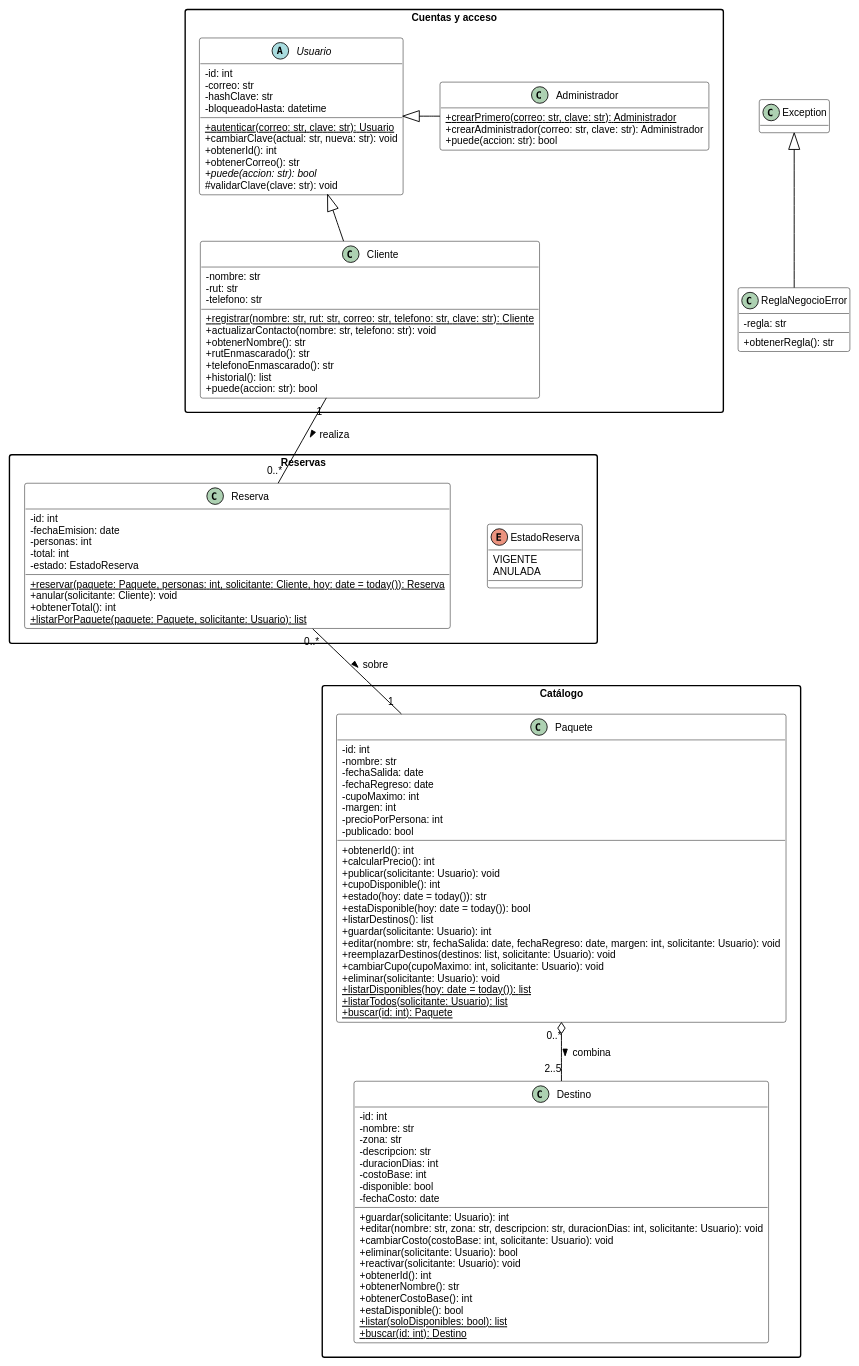
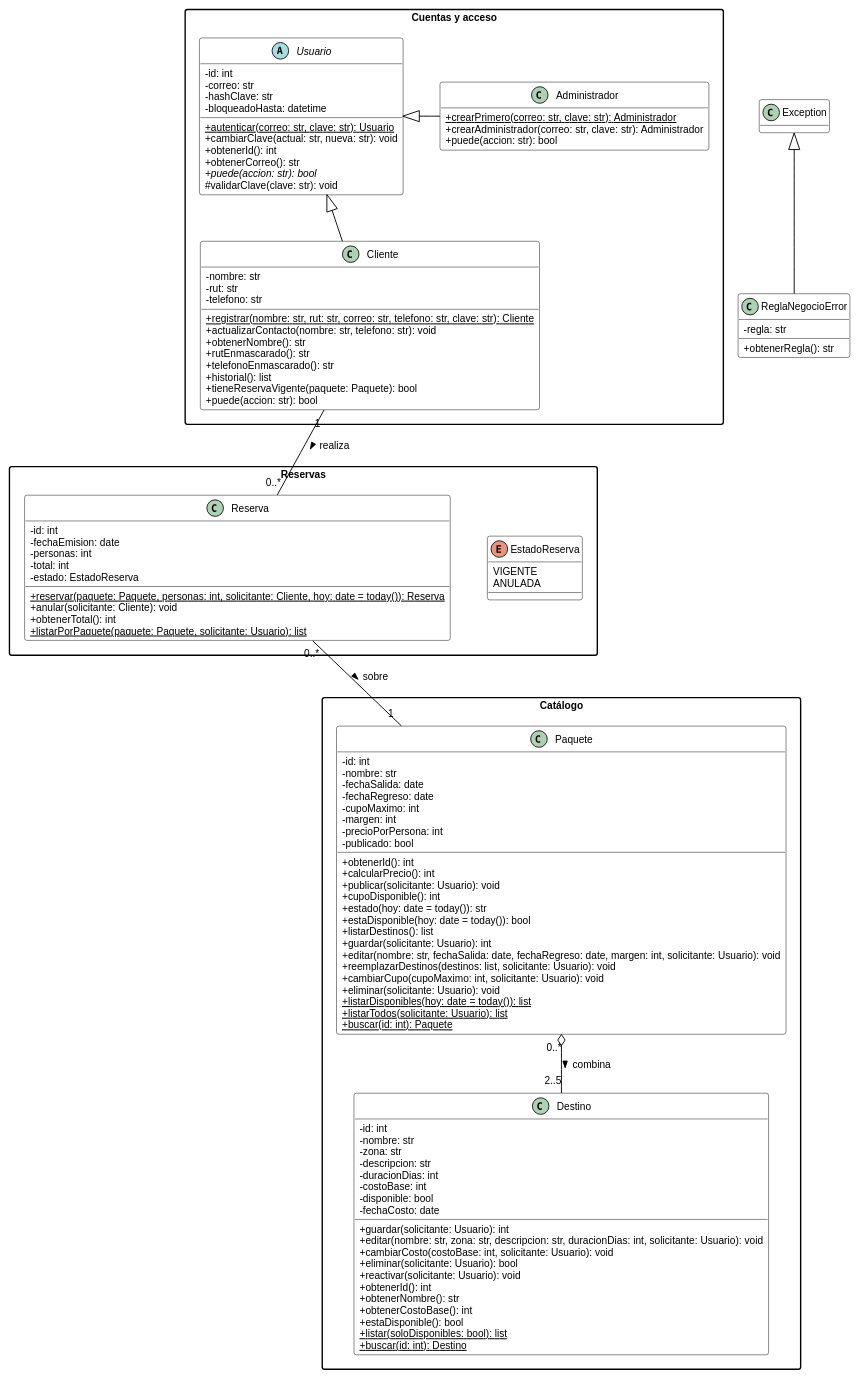
Before and after one commit to leonardoguerrerodev/POO-Viajes-Aventura: the diagram in diagramas/clases.puml, drawn with PlantUML. The commit also changed 2 other files, not shown here.

Commit message:
fix(reservas): HU-20 el historial arma la reserva con el id de su titular, no el de la reserva

```diff
--- a/diagramas/clases.puml
+++ b/diagramas/clases.puml
@@ -1,140 +1,141 @@
 @startuml clases
 ' Diagrama de clases de Viajes Aventura (paso 5 del plan). Convención de la ES1: nombres en camelCase,
 ' privado con «-», protegido con «#», sin constructor, «void» cuando no devuelve nada. El código usa
 ' snake_case y herramientas/uml_vs_codigo.py convierte uno en otro para compararlos.
 skinparam classAttributeIconSize 0
 skinparam defaultFontName "Liberation Sans"
 skinparam defaultFontSize 11
 skinparam shadowing false
 skinparam packageStyle rectangle
 skinparam class {
   BackgroundColor white
   BorderColor black
   ArrowColor black
 }
 skinparam note {
   BackgroundColor #f6f6f6
   BorderColor #666666
 }
 hide empty fields
 skinparam nodesep 40
 skinparam ranksep 50
 
 package "Cuentas y acceso" {
   abstract class Usuario {
     - id: int
     - correo: str
     - hashClave: str
     - bloqueadoHasta: datetime
     + {static} autenticar(correo: str, clave: str): Usuario
     + cambiarClave(actual: str, nueva: str): void
     + obtenerId(): int
     + obtenerCorreo(): str
     + {abstract} puede(accion: str): bool
     # validarClave(clave: str): void
   }
 
   class Cliente {
     - nombre: str
     - rut: str
     - telefono: str
     + {static} registrar(nombre: str, rut: str, correo: str, telefono: str, clave: str): Cliente
     + actualizarContacto(nombre: str, telefono: str): void
     + obtenerNombre(): str
     + rutEnmascarado(): str
     + telefonoEnmascarado(): str
     + historial(): list
+    + tieneReservaVigente(paquete: Paquete): bool
     + puede(accion: str): bool
   }
 
   class Administrador {
     + {static} crearPrimero(correo: str, clave: str): Administrador
     + crearAdministrador(correo: str, clave: str): Administrador
     + puede(accion: str): bool
   }
 }
 
 package "Catálogo" {
   class Destino {
     - id: int
     - nombre: str
     - zona: str
     - descripcion: str
     - duracionDias: int
     - costoBase: int
     - disponible: bool
     - fechaCosto: date
     + guardar(solicitante: Usuario): int
     + editar(nombre: str, zona: str, descripcion: str, duracionDias: int, solicitante: Usuario): void
     + cambiarCosto(costoBase: int, solicitante: Usuario): void
     + eliminar(solicitante: Usuario): bool
     + reactivar(solicitante: Usuario): void
     + obtenerId(): int
     + obtenerNombre(): str
     + obtenerCostoBase(): int
     + estaDisponible(): bool
     + {static} listar(soloDisponibles: bool): list
     + {static} buscar(id: int): Destino
   }
 
   class Paquete {
     - id: int
     - nombre: str
     - fechaSalida: date
     - fechaRegreso: date
     - cupoMaximo: int
     - margen: int
     - precioPorPersona: int
     - publicado: bool
     + obtenerId(): int
     + calcularPrecio(): int
     + publicar(solicitante: Usuario): void
     + cupoDisponible(): int
     + estado(hoy: date = today()): str
     + estaDisponible(hoy: date = today()): bool
     + listarDestinos(): list
     + guardar(solicitante: Usuario): int
     + editar(nombre: str, fechaSalida: date, fechaRegreso: date, margen: int, solicitante: Usuario): void
     + reemplazarDestinos(destinos: list, solicitante: Usuario): void
     + cambiarCupo(cupoMaximo: int, solicitante: Usuario): void
     + eliminar(solicitante: Usuario): void
     + {static} listarDisponibles(hoy: date = today()): list
     + {static} listarTodos(solicitante: Usuario): list
     + {static} buscar(id: int): Paquete
   }
 }
 
 package "Reservas" {
   class Reserva {
     - id: int
     - fechaEmision: date
     - personas: int
     - total: int
     - estado: EstadoReserva
     + {static} reservar(paquete: Paquete, personas: int, solicitante: Cliente, hoy: date = today()): Reserva
     + anular(solicitante: Cliente): void
     + obtenerTotal(): int
     + {static} listarPorPaquete(paquete: Paquete, solicitante: Usuario): list
   }
 
   enum EstadoReserva {
     VIGENTE
     ANULADA
   }
 }
 
 class ReglaNegocioError {
   - regla: str
   + obtenerRegla(): str
 }
 
 Usuario <|-- Cliente
 Usuario <|-right- Administrador
 Cliente "1" -down- "0..*" Reserva : realiza >
 Reserva -[hidden]right- EstadoReserva
 Administrador -[hidden]right- Paquete
 Paquete "0..*" o-down- "2..5" Destino : combina >
 Reserva "0..*" -- "1" Paquete : sobre >
 Exception <|-- ReglaNegocioError
 
 @enduml
```
